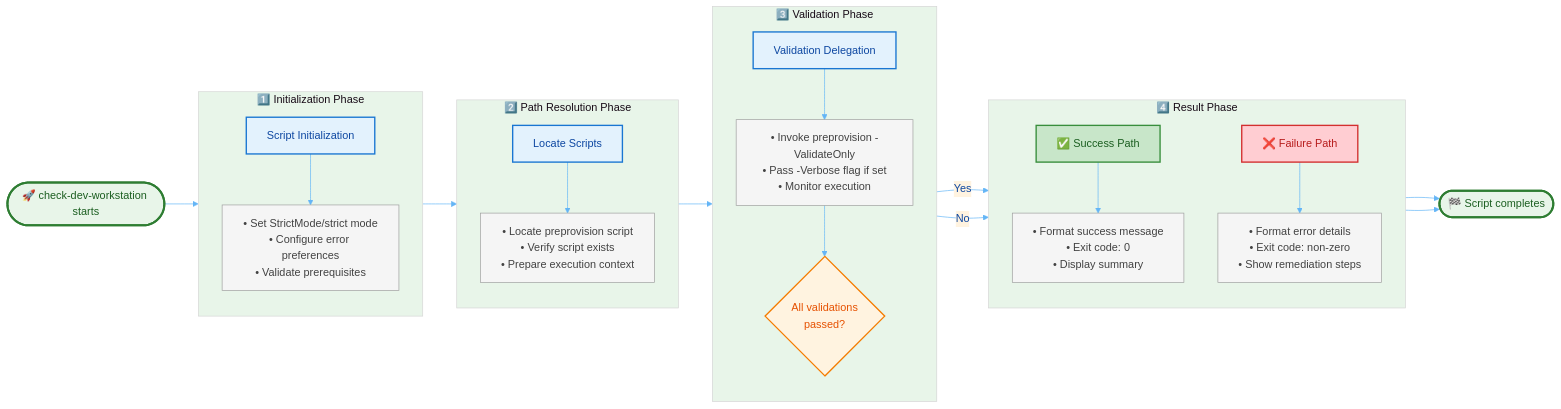
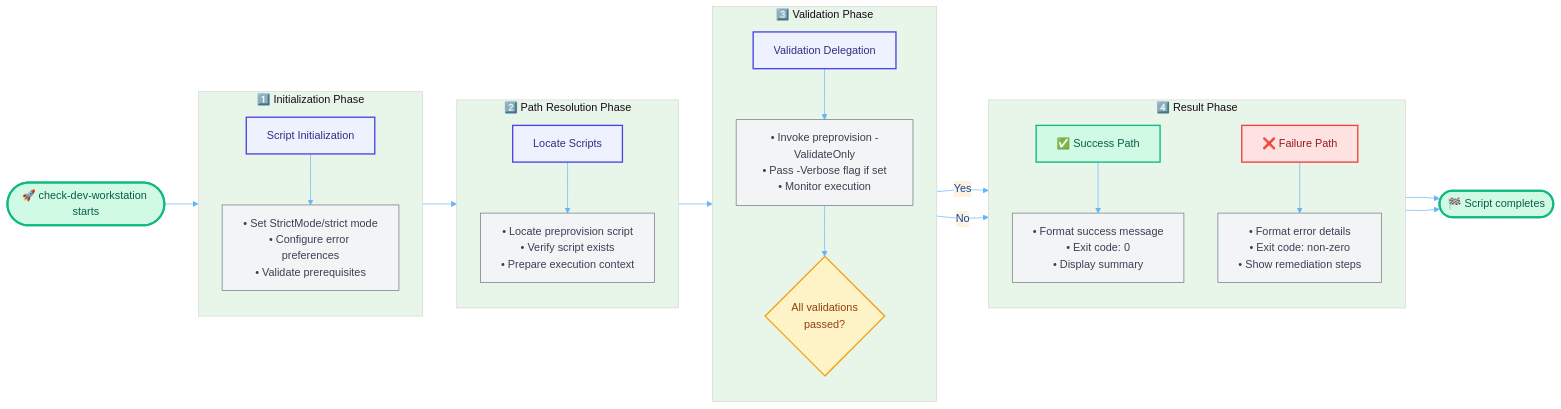
The diagram in docs/hooks/check-dev-workstation.md (Evilazaro/Azure-LogicApps-Monitoring), drawn with Mermaid before and after one commit. The commit also changed 11 other files, not shown here.

Commit message:
feat(docs): Update diagrams with modern color palette for improved accessibility and clarity

````diff
--- a/docs/hooks/check-dev-workstation.md
+++ b/docs/hooks/check-dev-workstation.md
@@ -274,77 +274,77 @@
 ```mermaid
 %%{init: {'theme': 'base', 'themeVariables': { 'primaryColor': '#e3f2fd', 'primaryTextColor': '#0d47a1', 'primaryBorderColor': '#1976d2', 'lineColor': '#64b5f6', 'secondaryColor': '#fff3e0', 'tertiaryColor': '#e8f5e9'}}}%%
 flowchart LR
     %% ===================================================================
     %% WORKFLOW: check-dev-workstation Process Flow
     %% Description: Validates developer workstation prerequisites
     %% ===================================================================
 
     %% --- Entry and Exit Points ---
     Start(["🚀 check-dev-workstation starts"])
     End(["🏁 Script completes"])
 
     Start --> Initialization
 
     %% --- Phase 1: Initialization ---
     subgraph Initialization["1️⃣ Initialization Phase"]
         direction TB
         Init["Script Initialization"]
         InitDetails["• Set StrictMode/strict mode<br/>• Configure error preferences<br/>• Validate prerequisites"]
         Init --> InitDetails
     end
 
     %% --- Phase 2: Path Resolution ---
     subgraph PathResolution["2️⃣ Path Resolution Phase"]
         direction TB
         Path["Locate Scripts"]
         PathDetails["• Locate preprovision script<br/>• Verify script exists<br/>• Prepare execution context"]
         Path --> PathDetails
     end
 
     %% --- Phase 3: Validation Execution ---
     subgraph ValidationPhase["3️⃣ Validation Phase"]
         direction TB
         Delegate["Validation Delegation"]
         DelegateDetails["• Invoke preprovision -ValidateOnly<br/>• Pass -Verbose flag if set<br/>• Monitor execution"]
         Check{"All validations<br/>passed?"}
         Delegate --> DelegateDetails
         DelegateDetails --> Check
     end
 
     %% --- Phase 4: Result Processing ---
     subgraph ResultPhase["4️⃣ Result Phase"]
         direction TB
         Success["✅ Success Path"]
         SuccessDetails["• Format success message<br/>• Exit code: 0<br/>• Display summary"]
         Failure["❌ Failure Path"]
         FailureDetails["• Format error details<br/>• Exit code: non-zero<br/>• Show remediation steps"]
         Success --> SuccessDetails
         Failure --> FailureDetails
     end
 
     %% --- Flow Connections ---
     Initialization --> PathResolution
     PathResolution --> ValidationPhase
     Check -->|"Yes"| Success
     Check -->|"No"| Failure
     SuccessDetails --> End
     FailureDetails --> End
 
     %% --- Style Definitions ---
-    %% Color palette follows Material Design guidelines
-    %% Green: Success states | Blue: Process steps | Orange: Decisions | Red: Failures
-    classDef startEndStyle fill:#e8f5e9,stroke:#2e7d32,stroke-width:3px,color:#1b5e20
-    classDef processStyle fill:#e3f2fd,stroke:#1976d2,stroke-width:2px,color:#0d47a1
-    classDef detailStyle fill:#f5f5f5,stroke:#9e9e9e,stroke-width:1px,color:#424242
-    classDef decisionStyle fill:#fff3e0,stroke:#f57c00,stroke-width:2px,color:#e65100
-    classDef successStyle fill:#c8e6c9,stroke:#388e3c,stroke-width:2px,color:#1b5e20
-    classDef failureStyle fill:#ffcdd2,stroke:#d32f2f,stroke-width:2px,color:#b71c1c
+    %% Color palette follows modern WCAG AA compliant guidelines
+    %% Indigo: Primary/Process | Green: Success | Amber: Decisions | Red: Errors
+    classDef startEndStyle fill:#D1FAE5,stroke:#10B981,stroke-width:3px,color:#065F46
+    classDef processStyle fill:#EEF2FF,stroke:#4F46E5,stroke-width:2px,color:#312E81
+    classDef detailStyle fill:#F3F4F6,stroke:#6B7280,stroke-width:1px,color:#374151
+    classDef decisionStyle fill:#FEF3C7,stroke:#F59E0B,stroke-width:2px,color:#92400E
+    classDef successStyle fill:#D1FAE5,stroke:#10B981,stroke-width:2px,color:#065F46
+    classDef failureStyle fill:#FEE2E2,stroke:#EF4444,stroke-width:2px,color:#991B1B
 
     %% --- Apply Styles ---
     class Start,End startEndStyle
     class Init,Path,Delegate processStyle
     class InitDetails,PathDetails,DelegateDetails,SuccessDetails,FailureDetails detailStyle
     class Check decisionStyle
     class Success successStyle
     class Failure failureStyle
 ```
````
